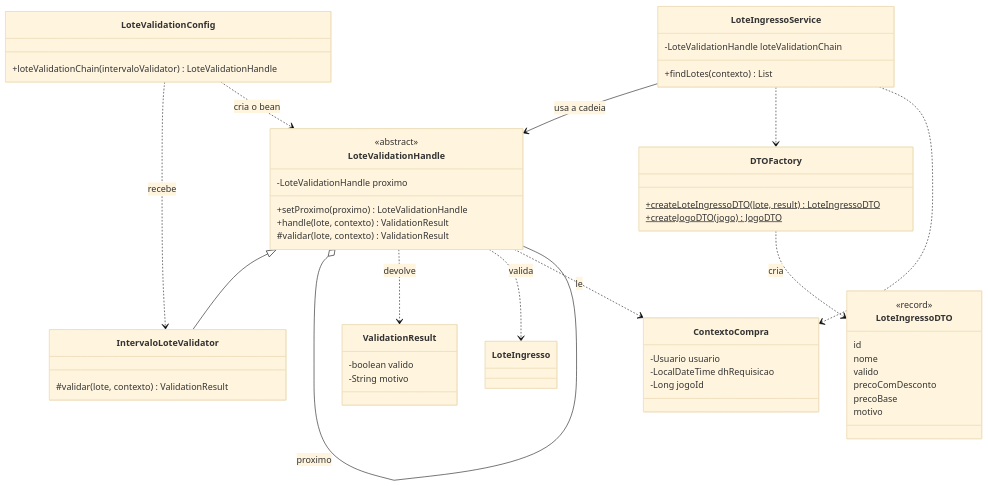
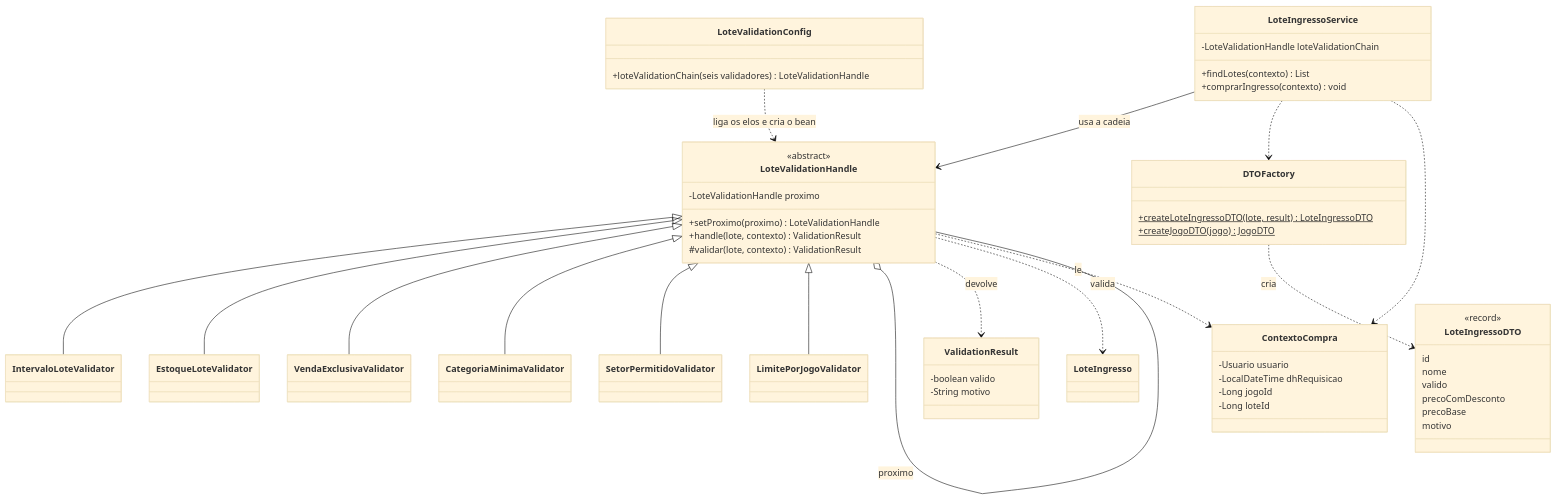
Before and after one commit to OlavoAppel/LPOO-Gestao-Socio-Torcedores: the diagram in docs/diagramas/classes-validacao.mmd, drawn with Mermaid (base theme). The commit also changed 11 other files, not shown here.

```diff
--- a/docs/diagramas/classes-validacao.mmd
+++ b/docs/diagramas/classes-validacao.mmd
@@ -1,53 +1,62 @@
 classDiagram
 direction TB
 class LoteValidationHandle {
   <<abstract>>
   -LoteValidationHandle proximo
   +setProximo(proximo) LoteValidationHandle
   +handle(lote, contexto) ValidationResult
   #validar(lote, contexto) ValidationResult
 }
-class IntervaloLoteValidator {
-  #validar(lote, contexto) ValidationResult
-}
+class IntervaloLoteValidator
+class EstoqueLoteValidator
+class VendaExclusivaValidator
+class CategoriaMinimaValidator
+class SetorPermitidoValidator
+class LimitePorJogoValidator
 class ValidationResult {
   -boolean valido
   -String motivo
 }
 class ContextoCompra {
   -Usuario usuario
   -LocalDateTime dhRequisicao
   -Long jogoId
+  -Long loteId
 }
 class LoteValidationConfig {
-  +loteValidationChain(intervaloValidator) LoteValidationHandle
+  +loteValidationChain(seis validadores) LoteValidationHandle
 }
 class LoteIngressoService {
   -LoteValidationHandle loteValidationChain
   +findLotes(contexto) List
+  +comprarIngresso(contexto) void
 }
 class DTOFactory {
   +createLoteIngressoDTO(lote, result)$ LoteIngressoDTO
   +createJogoDTO(jogo)$ JogoDTO
 }
 class LoteIngressoDTO {
   <<record>>
   id
   nome
   valido
   precoComDesconto
   precoBase
   motivo
 }
 class LoteIngresso
 LoteValidationHandle <|-- IntervaloLoteValidator
+LoteValidationHandle <|-- EstoqueLoteValidator
+LoteValidationHandle <|-- VendaExclusivaValidator
+LoteValidationHandle <|-- CategoriaMinimaValidator
+LoteValidationHandle <|-- SetorPermitidoValidator
+LoteValidationHandle <|-- LimitePorJogoValidator
 LoteValidationHandle o-- LoteValidationHandle : proximo
-LoteValidationConfig ..> IntervaloLoteValidator : recebe
-LoteValidationConfig ..> LoteValidationHandle : cria o bean
+LoteValidationConfig ..> LoteValidationHandle : liga os elos e cria o bean
 LoteIngressoService --> LoteValidationHandle : usa a cadeia
 LoteIngressoService ..> DTOFactory
 LoteIngressoService ..> ContextoCompra
 DTOFactory ..> LoteIngressoDTO : cria
 LoteValidationHandle ..> ValidationResult : devolve
 LoteValidationHandle ..> LoteIngresso : valida
 LoteValidationHandle ..> ContextoCompra : le
```
